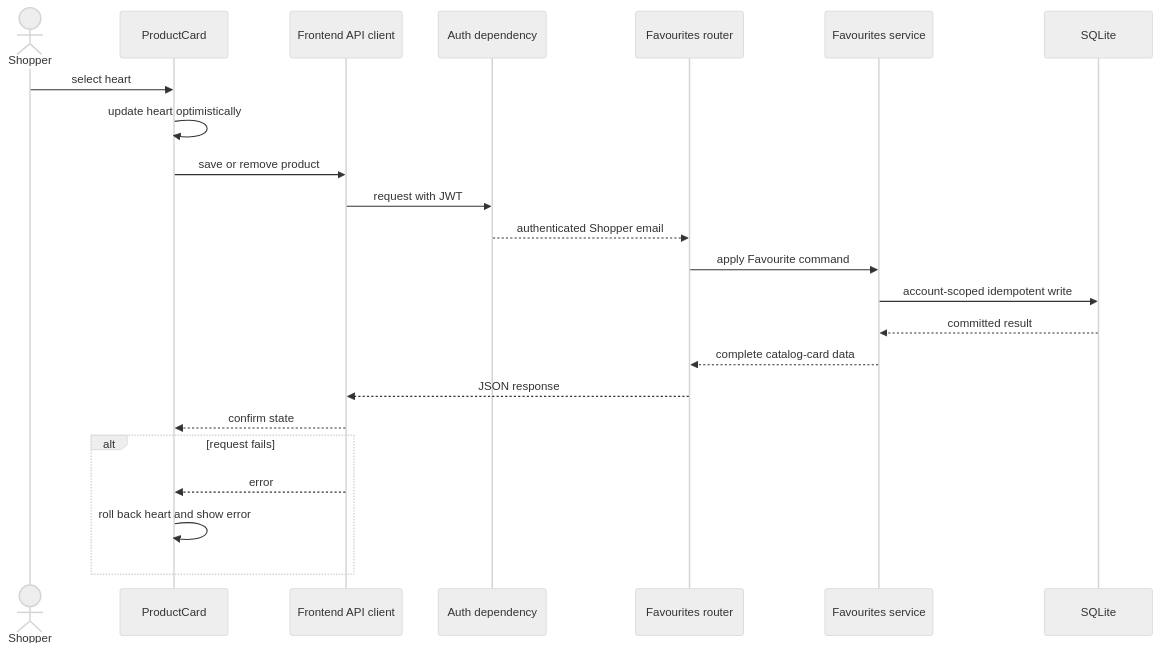
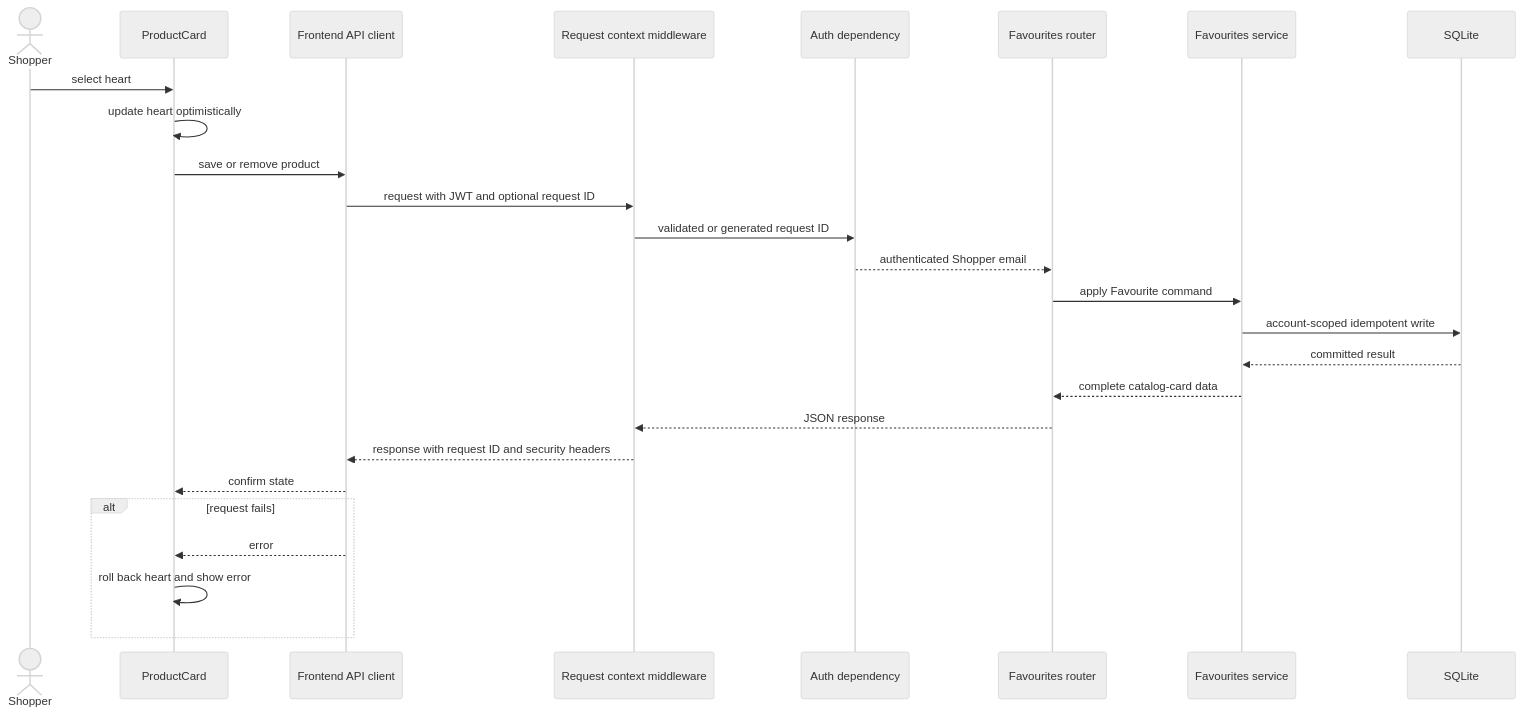
Before and after one commit to lucaintini/workshop-mp-skills-for-ai-native-devs: the fifth of 5 diagrams in docs/architecture.md, drawn with Mermaid (neutral theme). The commit also changed other lines of this file and 22 other files, not shown here.

````diff
--- a/docs/architecture.md
+++ b/docs/architecture.md
@@ -141,27 +142,30 @@
 ```mermaid
 sequenceDiagram
     actor Shopper
     participant Card as ProductCard
     participant API as Frontend API client
+    participant Context as Request context middleware
     participant Auth as Auth dependency
     participant Router as Favourites router
     participant Service as Favourites service
     participant DB as SQLite
 
     Shopper->>Card: select heart
     Card->>Card: update heart optimistically
     Card->>API: save or remove product
-    API->>Auth: request with JWT
+    API->>Context: request with JWT and optional request ID
+    Context->>Auth: validated or generated request ID
     Auth-->>Router: authenticated Shopper email
     Router->>Service: apply Favourite command
     Service->>DB: account-scoped idempotent write
     DB-->>Service: committed result
     Service-->>Router: complete catalog-card data
-    Router-->>API: JSON response
+    Router-->>Context: JSON response
+    Context-->>API: response with request ID and security headers
     API-->>Card: confirm state
 
     alt request fails
         API-->>Card: error
         Card->>Card: roll back heart and show error
     end
 ```
````
